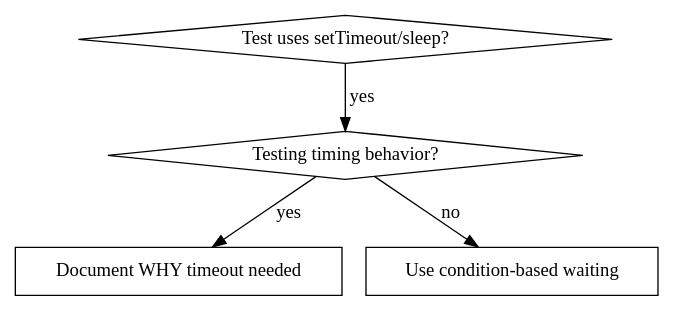
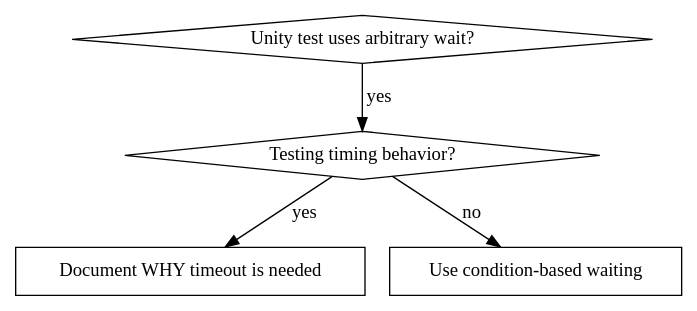
Before and after one commit to WackyGameStudio/unity-superpowers: the diagram in skills/systematic-debugging-unity/condition-based-waiting.md, drawn with Graphviz. The commit also changed other lines of this file and 38 other files, not shown here.

````diff
--- a/skills/systematic-debugging-unity/condition-based-waiting.md
+++ b/skills/systematic-debugging-unity/condition-based-waiting.md
@@ -11,12 +11,12 @@
 ```dot
 digraph when_to_use {
-    "Test uses setTimeout/sleep?" [shape=diamond];
+    "Unity test uses arbitrary wait?" [shape=diamond];
     "Testing timing behavior?" [shape=diamond];
-    "Document WHY timeout needed" [shape=box];
+    "Document WHY timeout is needed" [shape=box];
     "Use condition-based waiting" [shape=box];
 
-    "Test uses setTimeout/sleep?" -> "Testing timing behavior?" [label="yes"];
-    "Testing timing behavior?" -> "Document WHY timeout needed" [label="yes"];
+    "Unity test uses arbitrary wait?" -> "Testing timing behavior?" [label="yes"];
+    "Testing timing behavior?" -> "Document WHY timeout is needed" [label="yes"];
     "Testing timing behavior?" -> "Use condition-based waiting" [label="no"];
 }
 ```
````
